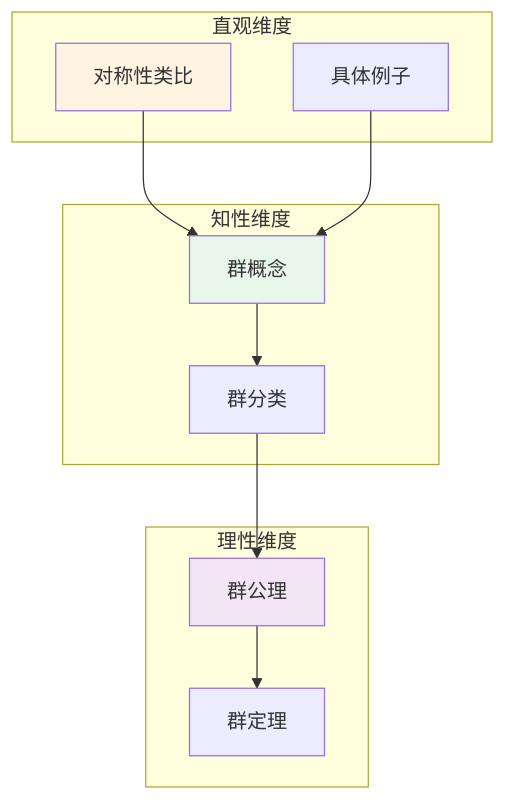
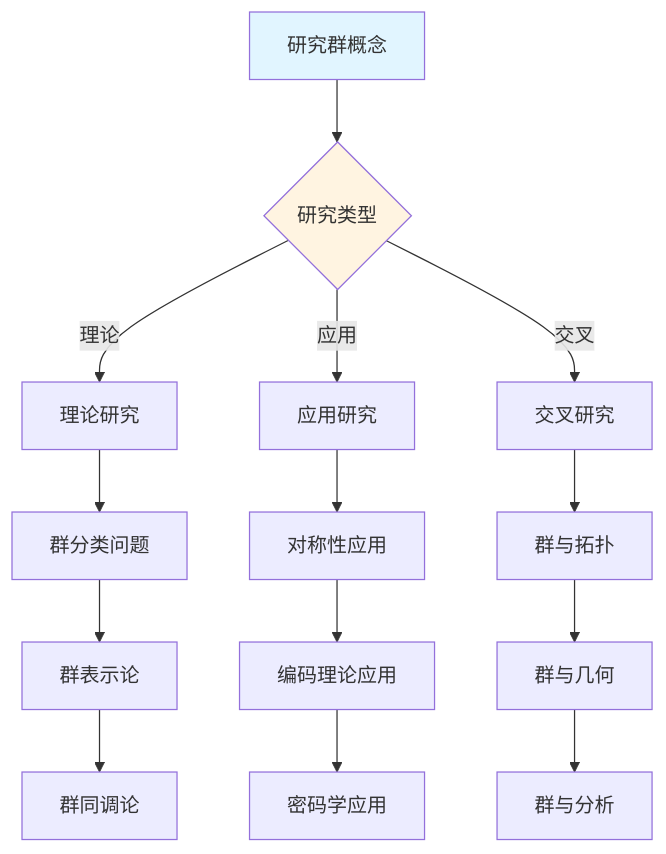
One commit to AdaMartin18010/FormalMath changed the eighth of 10 diagrams in concept/核心概念/08-群.md. Above: the diagram before and after it, drawn with Mermaid. The commit also changed other lines of this file and 4793 other files, not shown here.

````diff
--- a/concept/核心概念/08-群.md
+++ b/concept/核心概念/08-群.md
@@ -975,27 +2392,22 @@
 ```mermaid
-graph TB
-    subgraph 直观维度
-        A1[对称性类比]
-        A2[具体例子]
-    end
+graph TD
+    A[研究群概念] --> B{研究类型}
+    B -->|理论| C[理论研究]
+    B -->|应用| D[应用研究]
+    B -->|交叉| E[交叉研究]
 
-    subgraph 知性维度
-        B1[群概念]
-        B2[群分类]
-    end
+    C --> C1[群分类问题]
+    C1 --> C2[群表示论]
+    C2 --> C3[群同调论]
 
-    subgraph 理性维度
-        C1[群公理]
-        C2[群定理]
-    end
+    D --> D1[对称性应用]
+    D1 --> D2[编码理论应用]
+    D2 --> D3[密码学应用]
 
-    A1 --> B1
-    A2 --> B1
-    B1 --> B2
-    B2 --> C1
-    C1 --> C2
+    E --> E1[群与拓扑]
+    E1 --> E2[群与几何]
+    E2 --> E3[群与分析]
 
-    style A1 fill:#fff4e1
-    style B1 fill:#e8f5e9
-    style C1 fill:#f3e5f5
+    style A fill:#e1f5ff
+    style B fill:#fff4e1
 ```
````
